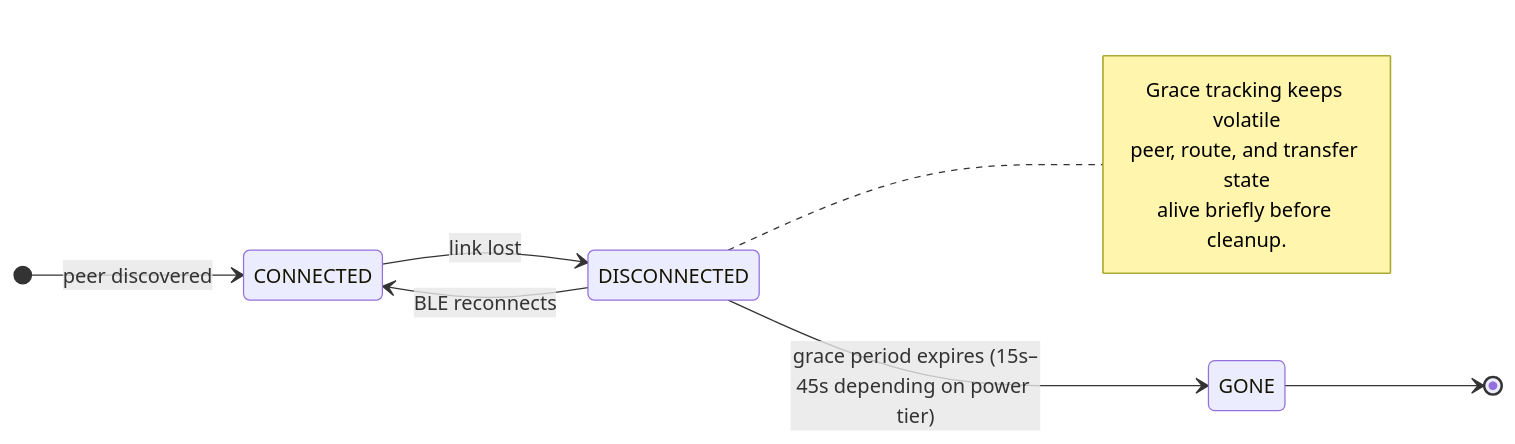
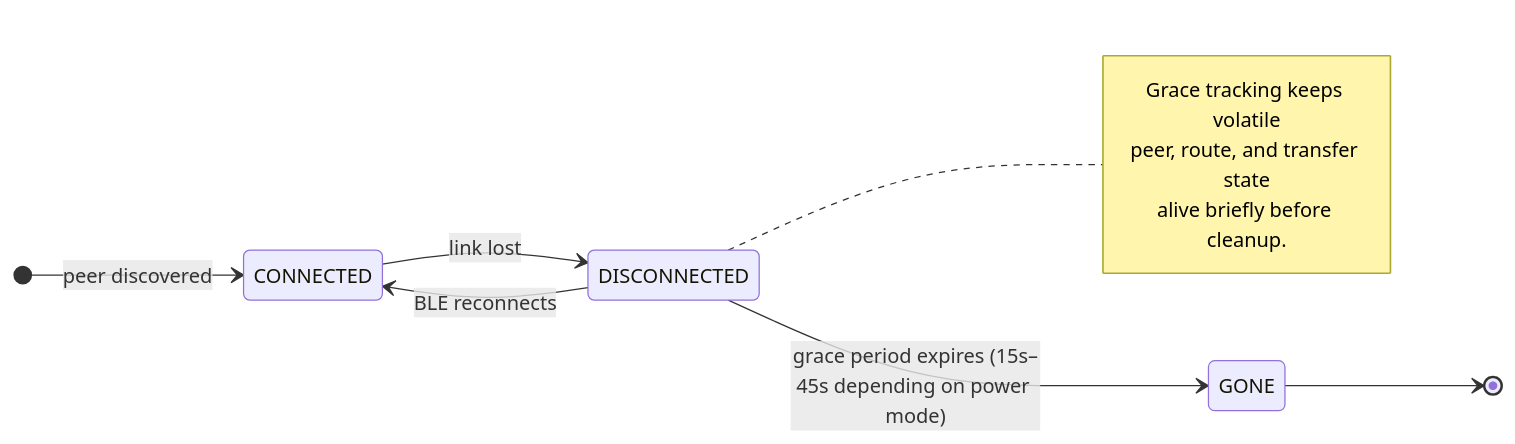
The diagram in docs/explanation/peer-lifecycle.md (trancee/MeshLink-template), drawn with Mermaid before and after one commit. The commit also changed other lines of this file and 36 other files, not shown here.

````diff
--- a/docs/explanation/peer-lifecycle.md
+++ b/docs/explanation/peer-lifecycle.md
@@ -17,19 +17,19 @@
 ```mermaid
 stateDiagram-v2
     direction LR
     state "CONNECTED" as Connected
     state "DISCONNECTED" as Disconnected
     state "GONE" as Gone
 
     [*] --> Connected: peer discovered
     Connected --> Disconnected: link lost
     Disconnected --> Connected: BLE reconnects
-    Disconnected --> Gone: grace period expires (15s–45s depending on power tier)
+    Disconnected --> Gone: grace period expires (15s–45s depending on power mode)
     Gone --> [*]
 
     note right of Disconnected
         Grace tracking keeps volatile
         peer, route, and transfer state
         alive briefly before cleanup.
     end note
 ```
````
